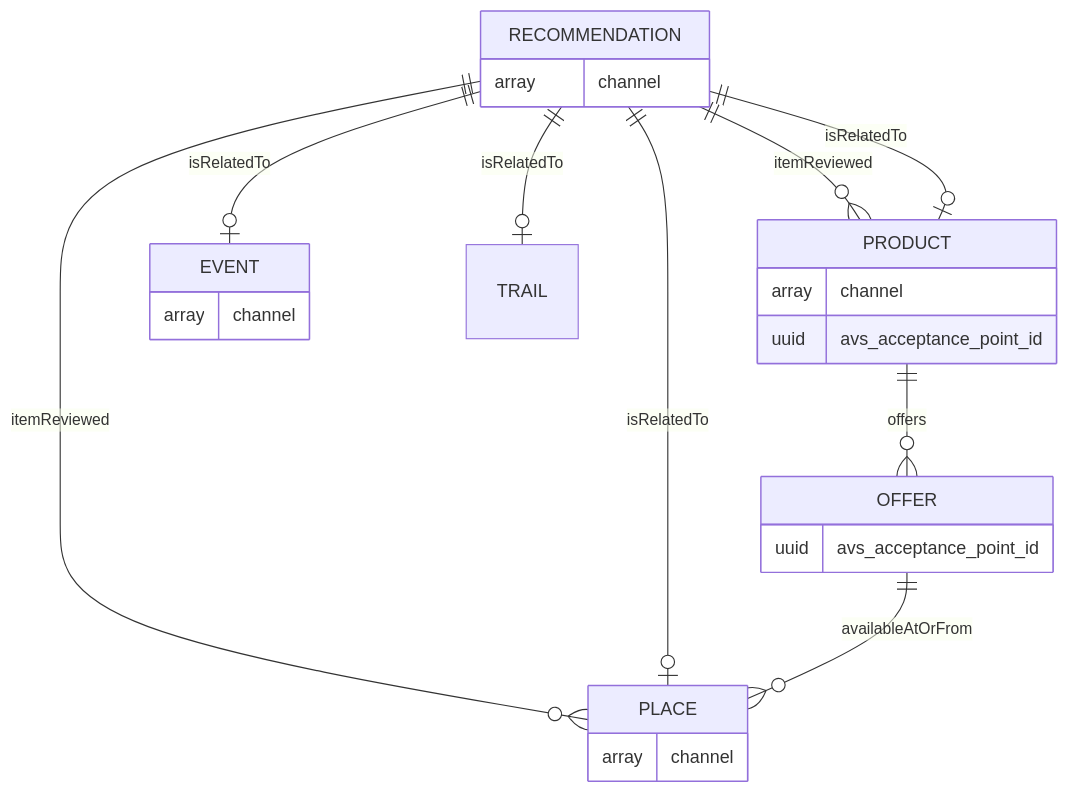
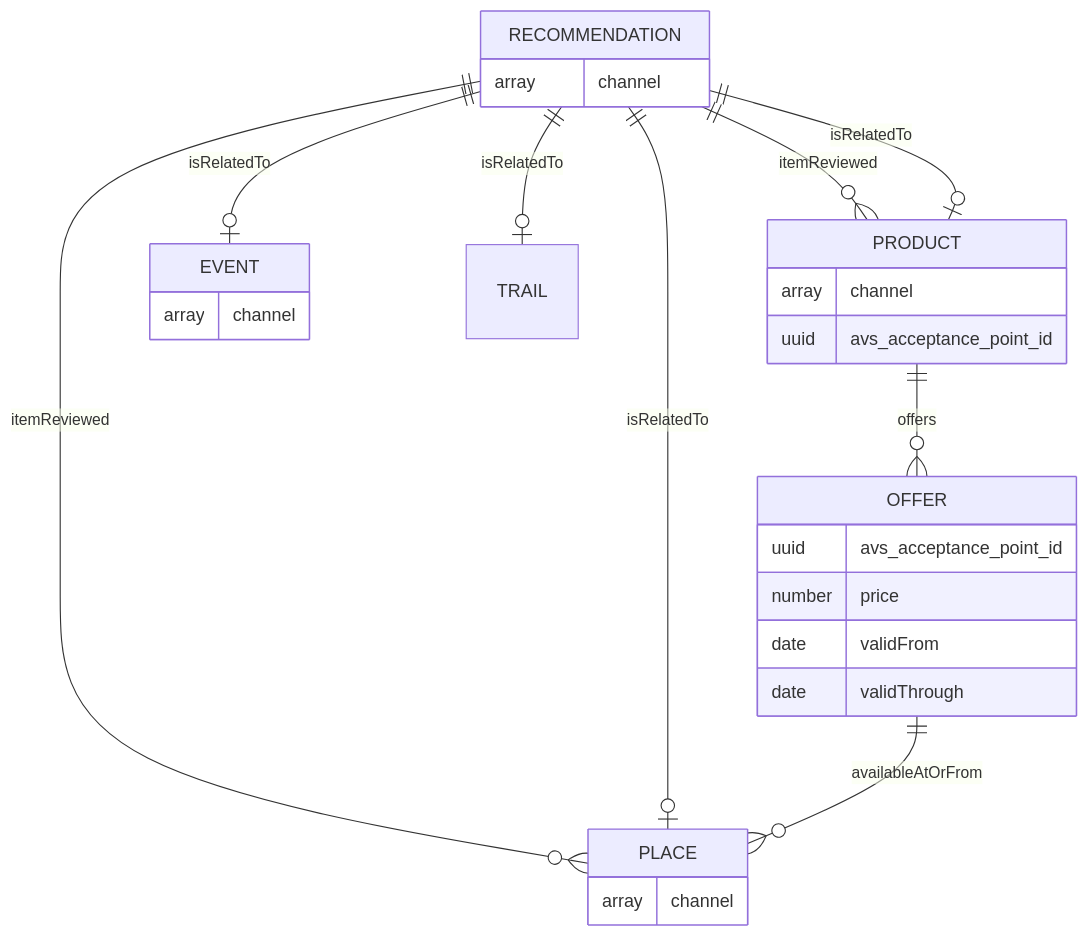
Before and after one commit to tsolenthaler/docs.contentdesk.io: the third of 3 diagrams in docs/dev/projects/glarnerlandApp.md, drawn with Mermaid. The commit also changed other lines of this file and 3 other files, not shown here.

Commit message:
Refactor schema and add new properties to Offer

````diff
--- a/docs/dev/projects/glarnerlandApp.md
+++ b/docs/dev/projects/glarnerlandApp.md
@@ -49,34 +49,37 @@
 ``` mermaid
 erDiagram
     RECOMMENDATION ||--o{ PLACE : itemReviewed
     RECOMMENDATION{
         array channel
     }
     RECOMMENDATION ||--o{ PRODUCT : itemReviewed
     
     RECOMMENDATION ||--o| PRODUCT : isRelatedTo
     RECOMMENDATION ||--o| EVENT : isRelatedTo
     RECOMMENDATION ||--o| PLACE : isRelatedTo
     RECOMMENDATION ||--o| TRAIL : isRelatedTo
 
     PRODUCT{
         array channel
         uuid avs_acceptance_point_id
     }
 
     PRODUCT ||--o{ OFFER : offers
 
     OFFER{
         uuid avs_acceptance_point_id
+        number price
+        date validFrom
+        date validThrough
     }
 
     OFFER ||--o{ PLACE : availableAtOrFrom
 
     PLACE{
         array channel
     }
 
     EVENT{
         array channel
     }
 ```
````
